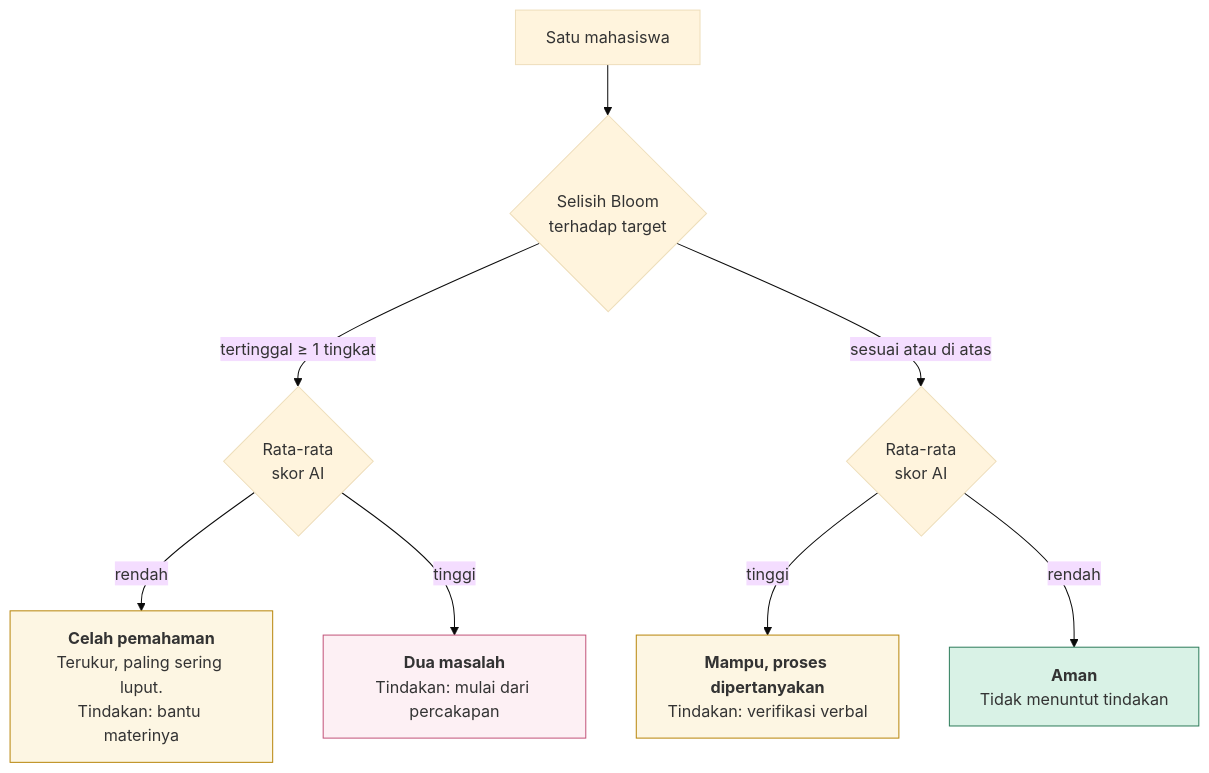
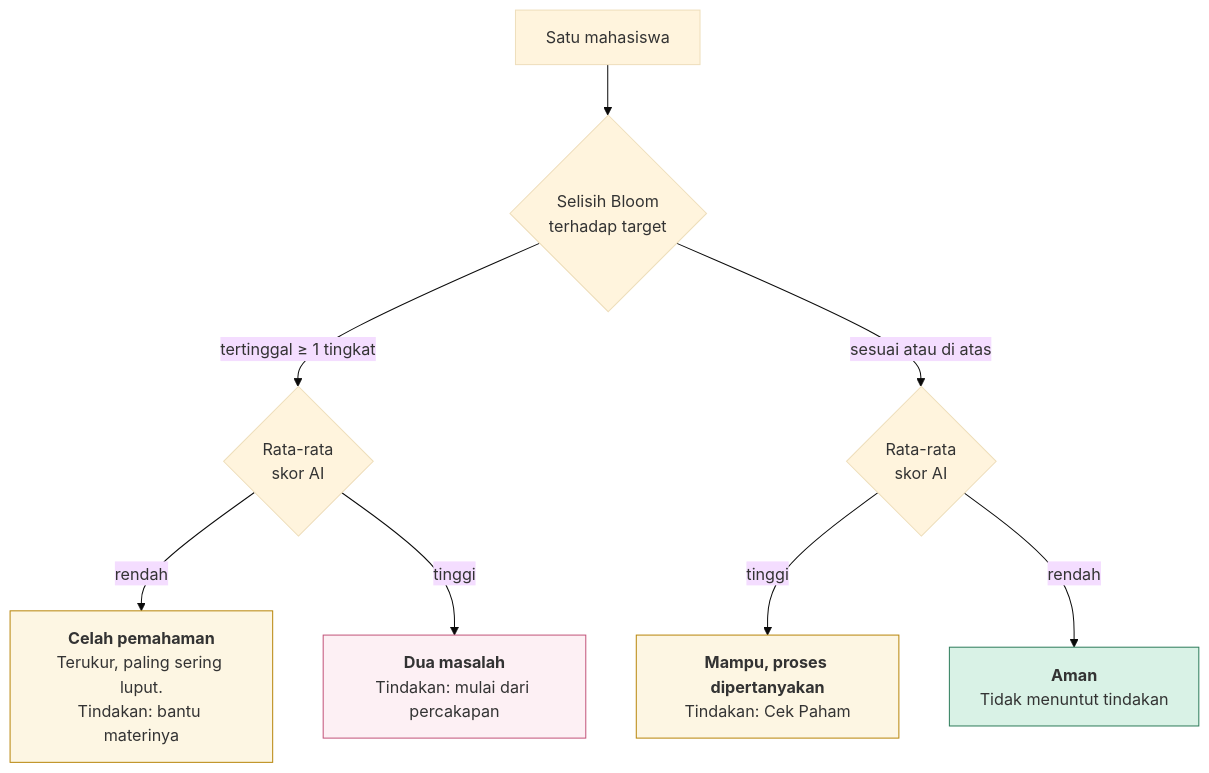
Before and after one commit to FadhRach/ThinkPath: the third of 5 diagrams in diagram/04-interaksi-gabungan.md, drawn with Mermaid (base theme). The commit also changed other lines of this file and 23 other files, not shown here.

First line of the commit message:
docs: Cek Paham di README dan diagram, protokol evaluasi di ai_experiment

````diff
--- a/diagram/04-interaksi-gabungan.md
+++ b/diagram/04-interaksi-gabungan.md
@@ -100,20 +100,20 @@
 ```mermaid
 flowchart TD
     ST["Satu mahasiswa"] --> Q{"Selisih Bloom<br/>terhadap target"}
 
     Q -->|"tertinggal ≥ 1 tingkat"| R{"Rata-rata<br/>skor AI"}
     Q -->|"sesuai atau di atas"| T{"Rata-rata<br/>skor AI"}
 
     R -->|"rendah"| K3["<b>Celah pemahaman</b><br/>Terukur, paling sering luput.<br/>Tindakan: bantu materinya"]
     R -->|"tinggi"| K4["<b>Dua masalah</b><br/>Tindakan: mulai dari percakapan"]
 
-    T -->|"tinggi"| K1["<b>Mampu, proses dipertanyakan</b><br/>Tindakan: verifikasi verbal"]
+    T -->|"tinggi"| K1["<b>Mampu, proses dipertanyakan</b><br/>Tindakan: Cek Paham"]
     T -->|"rendah"| K2["<b>Aman</b><br/>Tidak menuntut tindakan"]
 
     classDef kritis fill:#FDF0F4,stroke:#C2547A
     classDef perhatian fill:#FDF6E3,stroke:#B8860B
     classDef aman fill:#D9F2E6,stroke:#2E7D5B
     class K4 kritis
     class K3,K1 perhatian
     class K2 aman
 ```
````
